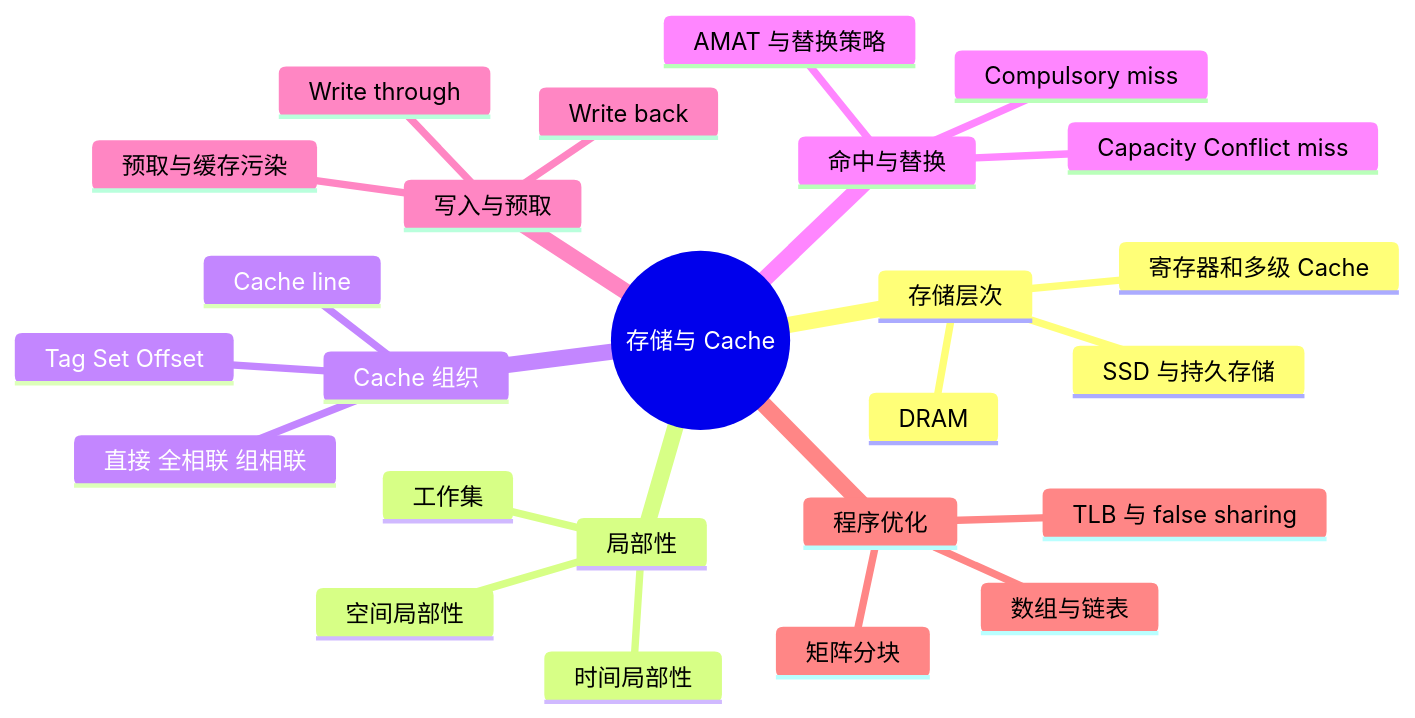
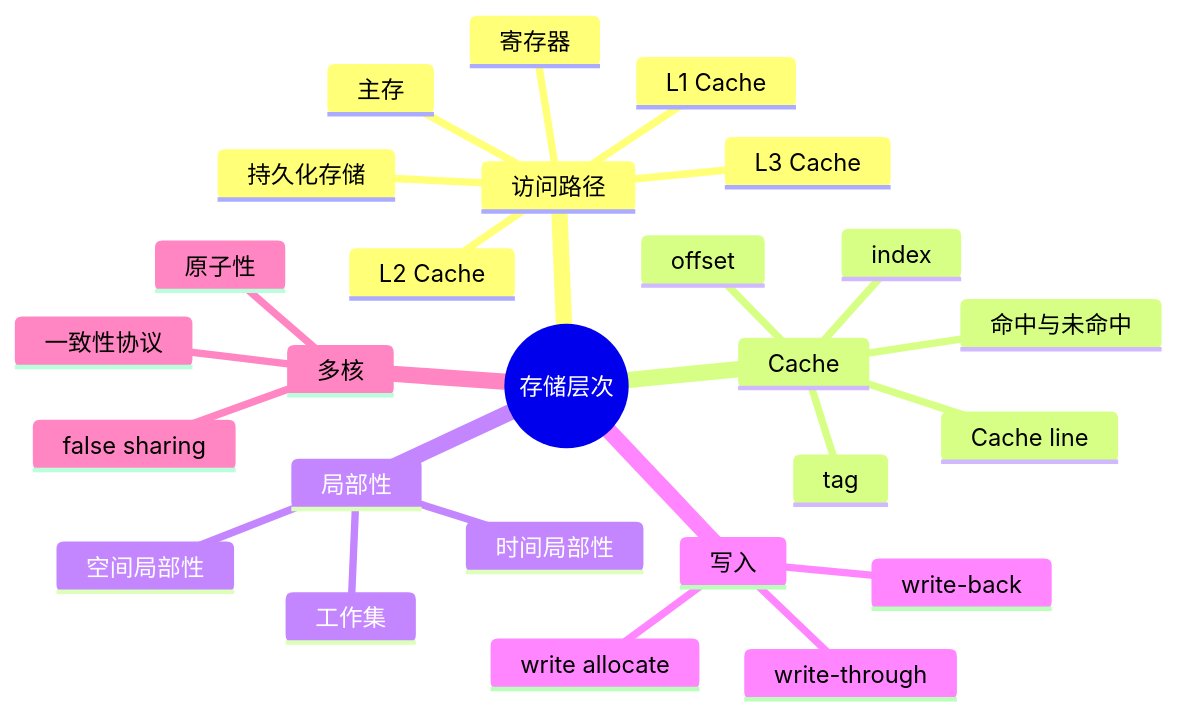
The diagram in 05_interview/fundamentals/cs-core/computer-organization/03-memory-cache/index.md (ranxi2001/zero2Leetcode), drawn with Mermaid before and after one commit. The commit also changed other lines of this file and 38 other files, not shown here.

````diff
--- a/05_interview/fundamentals/cs-core/computer-organization/03-memory-cache/index.md
+++ b/05_interview/fundamentals/cs-core/computer-organization/03-memory-cache/index.md
@@ -13,28 +15,29 @@
 ```mermaid
 mindmap
-  root((存储与 Cache))
-    存储层次
-      寄存器和多级 Cache
-      DRAM
-      SSD 与持久存储
+  root((存储层次))
+    访问路径
+      寄存器
+      L1 Cache
+      L2 Cache
+      L3 Cache
+      主存
+      持久化存储
+    Cache
+      Cache line
+      tag
+      index
+      offset
+      命中与未命中
     局部性
       时间局部性
       空间局部性
       工作集
-    Cache 组织
-      Cache line
-      Tag Set Offset
-      直接 全相联 组相联
-    命中与替换
-      Compulsory miss
-      Capacity Conflict miss
-      AMAT 与替换策略
-    写入与预取
-      Write through
-      Write back
-      预取与缓存污染
-    程序优化
-      数组与链表
-      矩阵分块
-      TLB 与 false sharing
+    写入
+      write-through
+      write-back
+      write allocate
+    多核
+      一致性协议
+      false sharing
+      原子性
 ```
````
